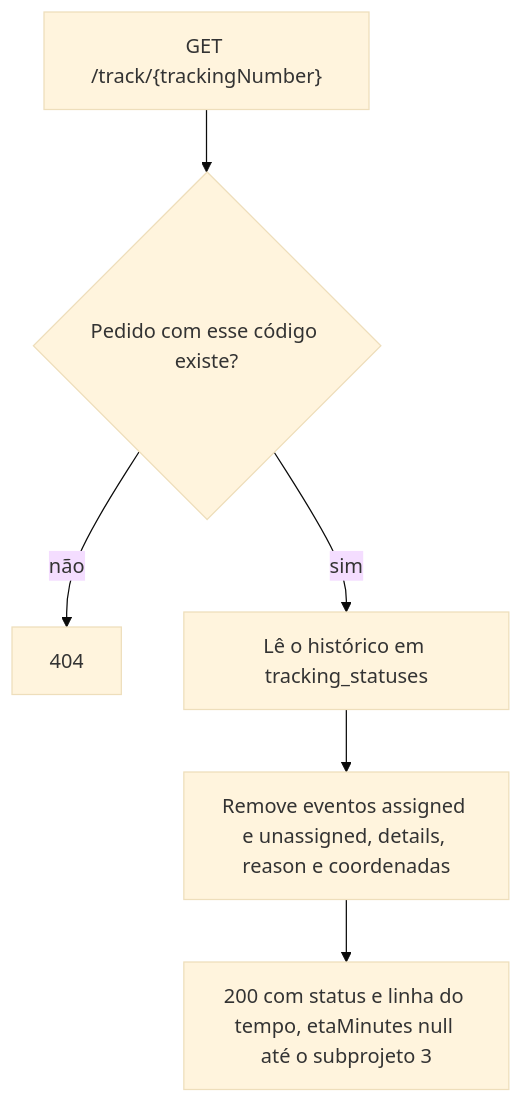
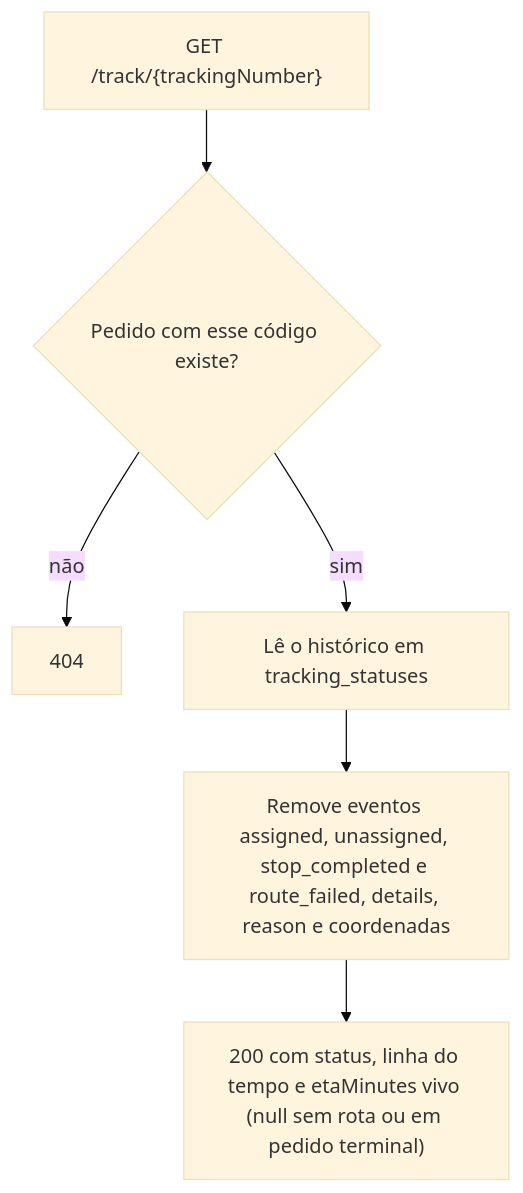
Diagram 17 of 18 in docs/flows.md (Edryck/kj-fleets), drawn with Mermaid (base theme) before and after one commit. The commit also changed other lines of this file and 4 other files, not shown here.

````diff
--- a/docs/flows.md
+++ b/docs/flows.md
@@ -413,8 +431,8 @@
 ```mermaid
 flowchart TD
     A["GET /track/{trackingNumber}"] --> B{"Pedido com esse código existe?"}
     B -- não --> E["404"]
     B -- sim --> C["Lê o histórico em tracking_statuses"]
-    C --> X["Remove eventos assigned e unassigned, details, reason e coordenadas"]
-    X --> H["200 com status e linha do tempo, etaMinutes null até o subprojeto 3"]
+    C --> X["Remove eventos assigned, unassigned, stop_completed e route_failed, details, reason e coordenadas"]
+    X --> H["200 com status, linha do tempo e etaMinutes vivo (null sem rota ou em pedido terminal)"]
 ```
````
